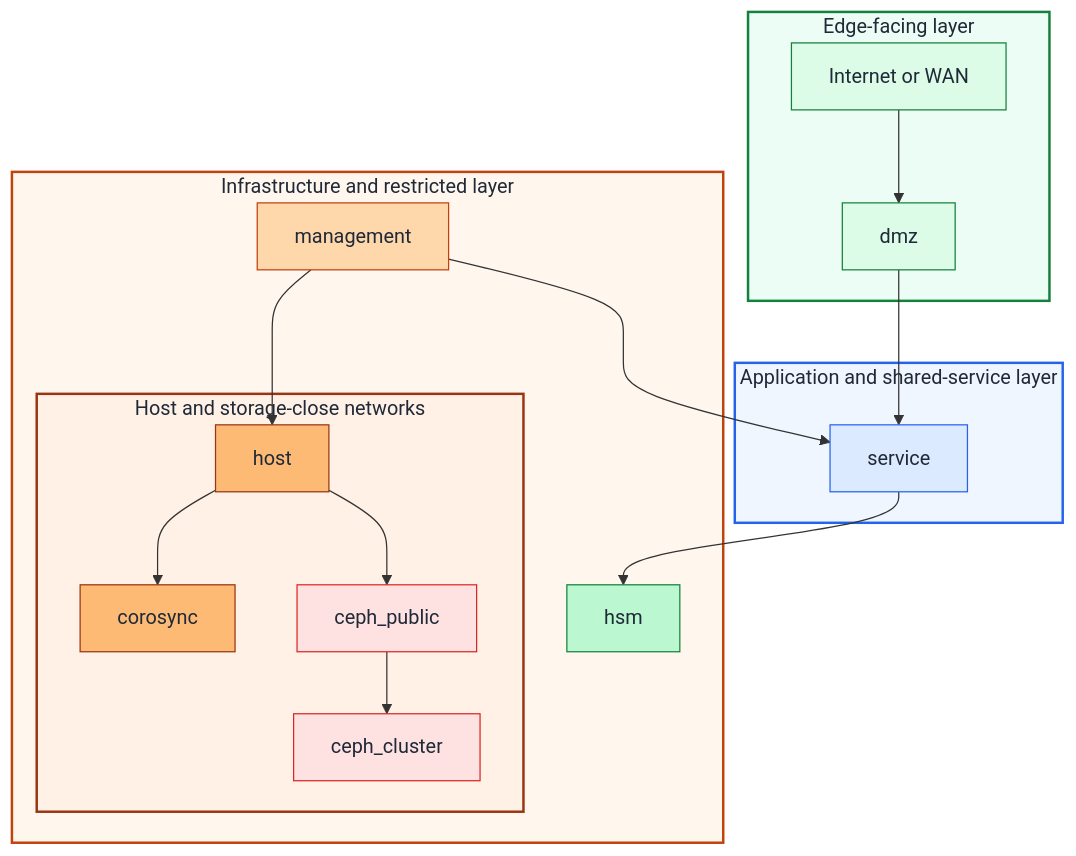
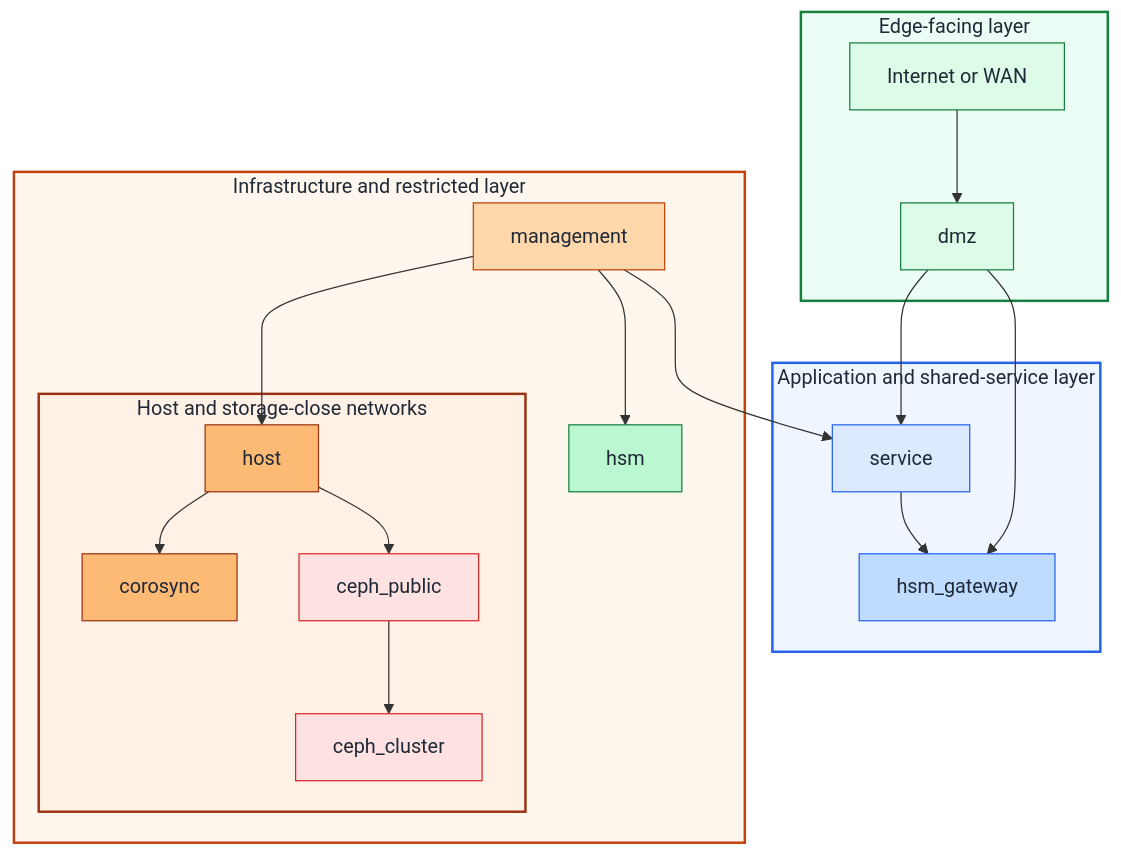
The diagram in docs/architecture/network-zones-and-iac-mapping.md (Rexus/homelab), drawn with Mermaid before and after one commit. The commit also changed other lines of this file and 22 other files, not shown here.

````diff
--- a/docs/architecture/network-zones-and-iac-mapping.md
+++ b/docs/architecture/network-zones-and-iac-mapping.md
@@ -32,52 +32,57 @@
 ```mermaid
 flowchart TB
   subgraph Edge["Edge-facing layer"]
     Internet[Internet or WAN]
     DMZ[dmz]
     Internet --> DMZ
   end
 
   subgraph App["Application and shared-service layer"]
     Service[service]
+    HSMGateway[hsm_gateway]
   end
 
   subgraph Infra["Infrastructure and restricted layer"]
     Mgmt[management]
     HSM[hsm]
 
     subgraph Fabric["Host and storage-close networks"]
       Host[host]
       Corosync[corosync]
       CephPublic[ceph_public]
       CephCluster[ceph_cluster]
     end
 
     Mgmt --> Host
     Host --> Corosync
     Host --> CephPublic
     CephPublic --> CephCluster
   end
 
   DMZ --> Service
+  DMZ --> HSMGateway
   Mgmt --> Service
-  Service --> HSM
+  Service --> HSMGateway
+  Mgmt --> HSM
 
   style Edge fill:#ecfdf5,stroke:#15803d,stroke-width:2px,color:#1f2937
   style App fill:#eff6ff,stroke:#2563eb,stroke-width:2px,color:#1f2937
   style Infra fill:#fff7ed,stroke:#c2410c,stroke-width:2px,color:#1f2937
   style Fabric fill:#fff1e6,stroke:#9a3412,stroke-width:2px,color:#1f2937
 
   classDef edgeNode fill:#dcfce7,stroke:#15803d,color:#1f2937
   classDef appNode fill:#dbeafe,stroke:#2563eb,color:#1f2937
+  classDef gatewayNode fill:#bfdbfe,stroke:#2563eb,color:#1f2937
   classDef mgmtNode fill:#fed7aa,stroke:#c2410c,color:#1f2937
   classDef proxmoxNode fill:#fdba74,stroke:#9a3412,color:#1f2937
   classDef hsmNode fill:#bbf7d0,stroke:#15803d,color:#1f2937
   classDef cephNode fill:#fee2e2,stroke:#dc2626,color:#1f2937
 
   class Internet,DMZ edgeNode
   class Service appNode
+  class HSMGateway gatewayNode
   class Mgmt mgmtNode
   class Host,Corosync proxmoxNode
   class HSM hsmNode
   class CephPublic,CephCluster cephNode
 ```
````
